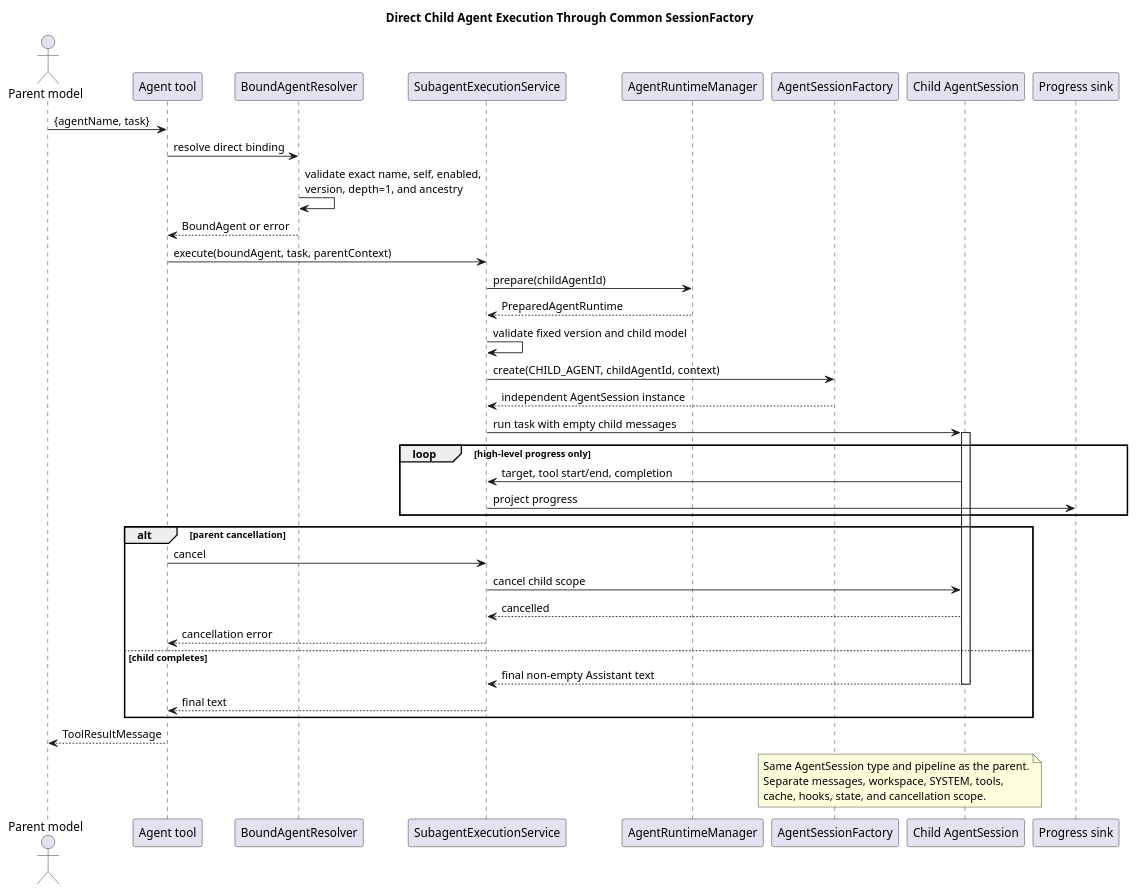
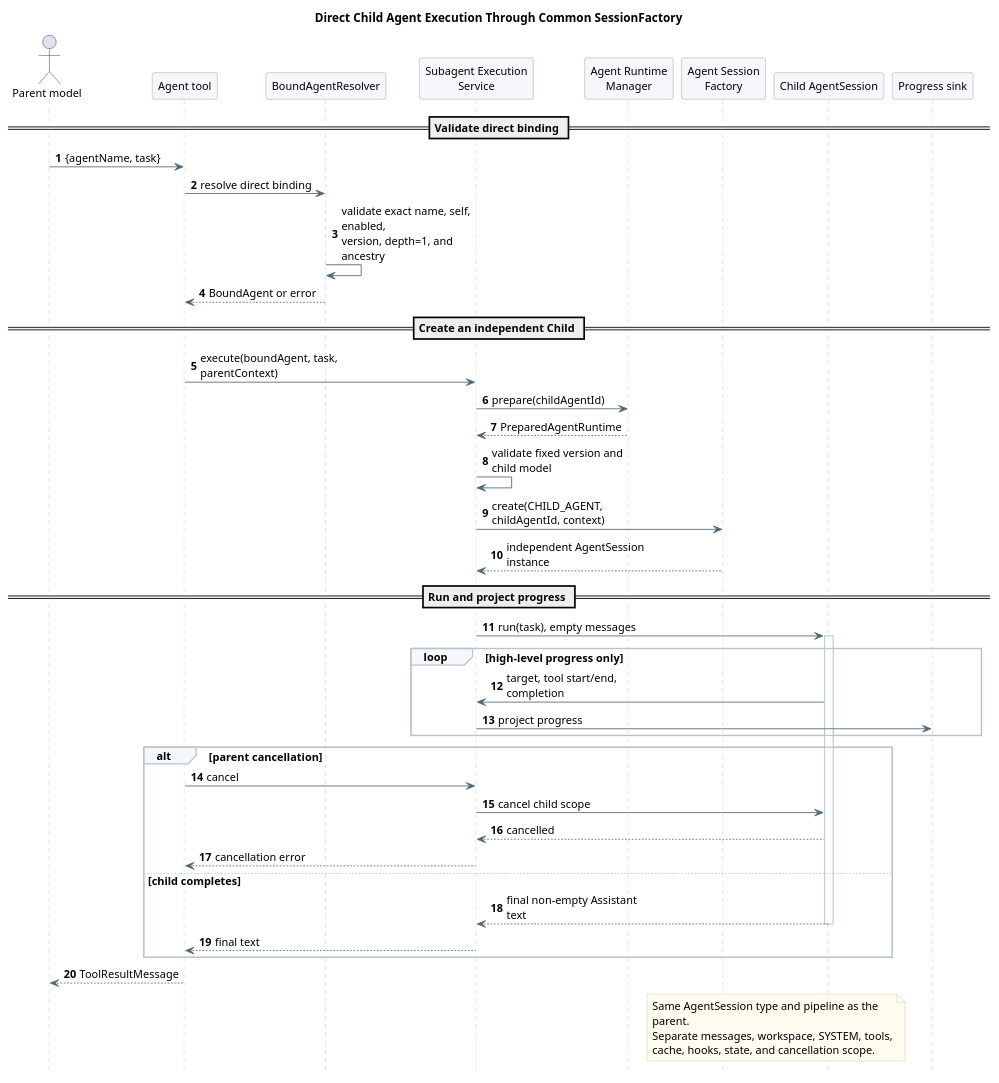
Before and after one commit to ssm0808/pi-mono-java-design: the sixth of 11 diagrams in 01-总体架构/02-CampusClaw工具系统/diagram.puml, drawn with PlantUML. The commit also changed other lines of this file and 212 other files, not shown here.

Commit message:
docs(design): 精简模块文档并重排全仓设计图

```diff
--- a/01-总体架构/02-CampusClaw工具系统/diagram.puml
+++ b/01-总体架构/02-CampusClaw工具系统/diagram.puml
@@ -368,57 +425,76 @@
 @startuml subagent_execution_sequence
+skinparam backgroundColor white
+skinparam defaultFontName SansSerif
+skinparam defaultFontSize 13
+skinparam shadowing false
+skinparam sequenceMessageAlign left
+skinparam maxMessageSize 165
+skinparam sequenceArrowColor #526777
+skinparam sequenceLifeLineBorderColor #BAC4CC
+skinparam sequenceParticipantBackgroundColor #F5F7FA
+skinparam sequenceParticipantBorderColor #8496A4
+skinparam sequenceGroupBackgroundColor #F5F7FA
+skinparam sequenceGroupBorderColor #BAC4CC
+skinparam noteBackgroundColor #FFFBEF
+skinparam noteBorderColor #D2C6A5
+hide footbox
+autonumber
 title Direct Child Agent Execution Through Common SessionFactory
-skinparam shadowing false
 
 ' Source evidence (CampusClaw d649866):
 ' modules/coding-agent-cli/src/main/java/com/campusclaw/codingagent/subagent/tool/SpawnAgentTool.java
 ' modules/coding-agent-cli/src/main/java/com/campusclaw/codingagent/tool/delegation/InvokeAgentTool.java
 ' modules/coding-agent-cli/src/main/java/com/campusclaw/codingagent/runtime/TransientAgentRunner.java
 ' pi packages/coding-agent/examples/extensions/subagent/index.ts
 ' OpenCode packages/opencode/src/tool/task.ts
 ' Observed behavior: current code has separate spawn and invoke paths plus a
 ' session after-hook special case.
 ' Design reason: one Agent tool resolves direct bindings and delegates creation
 ' to the common AgentSessionFactory. Execution location is not a tool contract.
 
 actor "Parent model" as Model
 participant "Agent tool" as Agent
 participant "BoundAgentResolver" as Resolver
-participant "SubagentExecutionService" as Service
-participant "AgentRuntimeManager" as Manager
-participant "AgentSessionFactory" as Factory
+participant "Subagent Execution\nService" as Service
+participant "Agent Runtime\nManager" as Manager
+participant "Agent Session\nFactory" as Factory
 participant "Child AgentSession" as Child
 participant "Progress sink" as Progress
 
+== Validate direct binding ==
 Model -> Agent : {agentName, task}
 Agent -> Resolver : resolve direct binding
 Resolver -> Resolver : validate exact name, self, enabled,\nversion, depth=1, and ancestry
 Resolver --> Agent : BoundAgent or error
+== Create an independent Child ==
 Agent -> Service : execute(boundAgent, task, parentContext)
 Service -> Manager : prepare(childAgentId)
 Manager --> Service : PreparedAgentRuntime
 Service -> Service : validate fixed version and child model
 Service -> Factory : create(CHILD_AGENT, childAgentId, context)
 Factory --> Service : independent AgentSession instance
-Service -> Child ++ : run task with empty child messages
+== Run and project progress ==
+Service -> Child ++ : run(task), empty messages
 loop high-level progress only
   Child -> Service : target, tool start/end, completion
   Service -> Progress : project progress
 end
 alt parent cancellation
   Agent -> Service : cancel
   Service -> Child : cancel child scope
   Child --> Service : cancelled
   Service --> Agent : cancellation error
 else child completes
   Child --> Service : final non-empty Assistant text
   deactivate Child
   Service --> Agent : final text
 end
 Agent --> Model : ToolResultMessage
 
 note over Factory,Child
-Same AgentSession type and pipeline as the parent.
-Separate messages, workspace, SYSTEM, tools,
-cache, hooks, state, and cancellation scope.
+  Same AgentSession type and pipeline as the
+  parent.
+  Separate messages, workspace, SYSTEM, tools,
+  cache, hooks, state, and cancellation scope.
 end note
 @enduml
```
